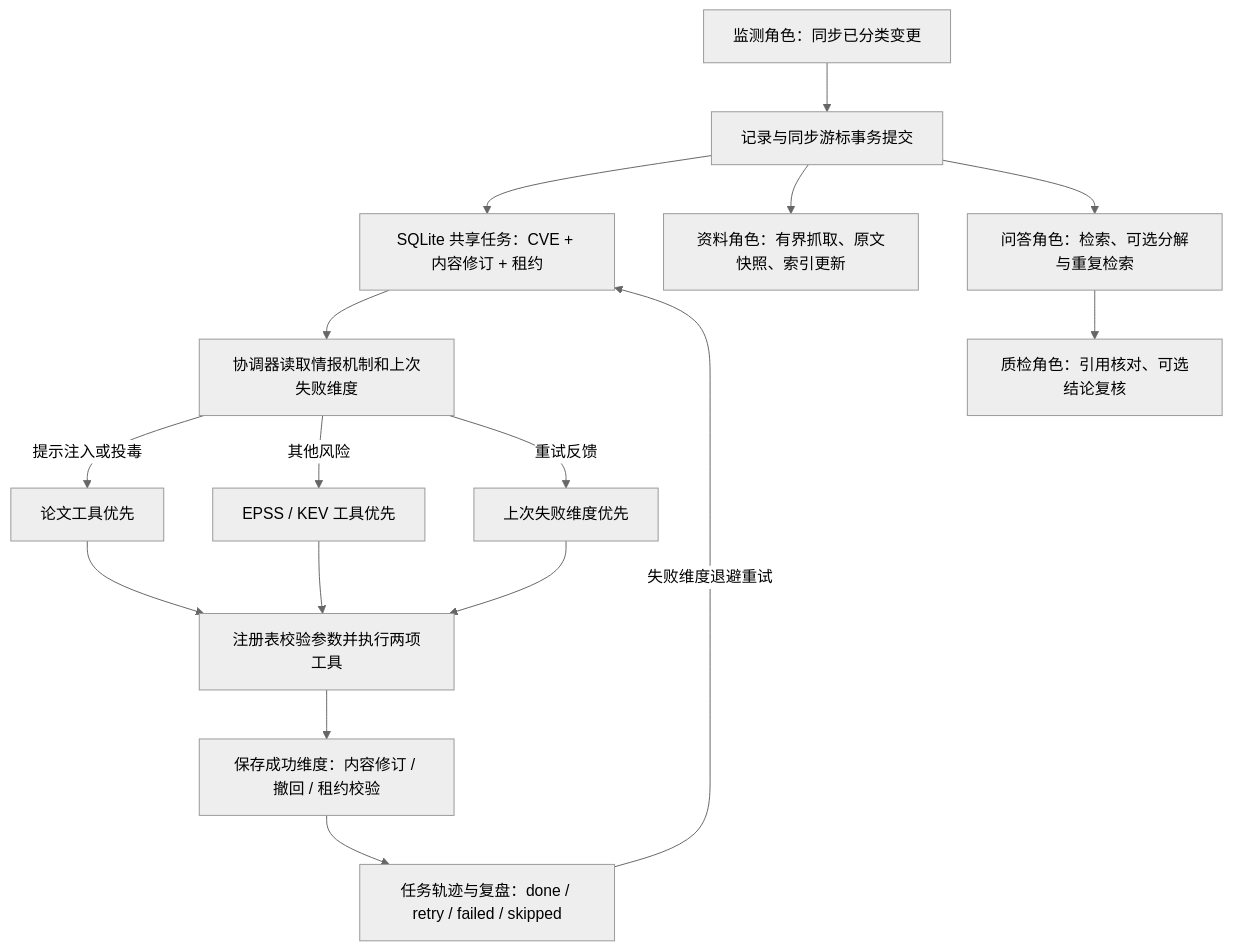
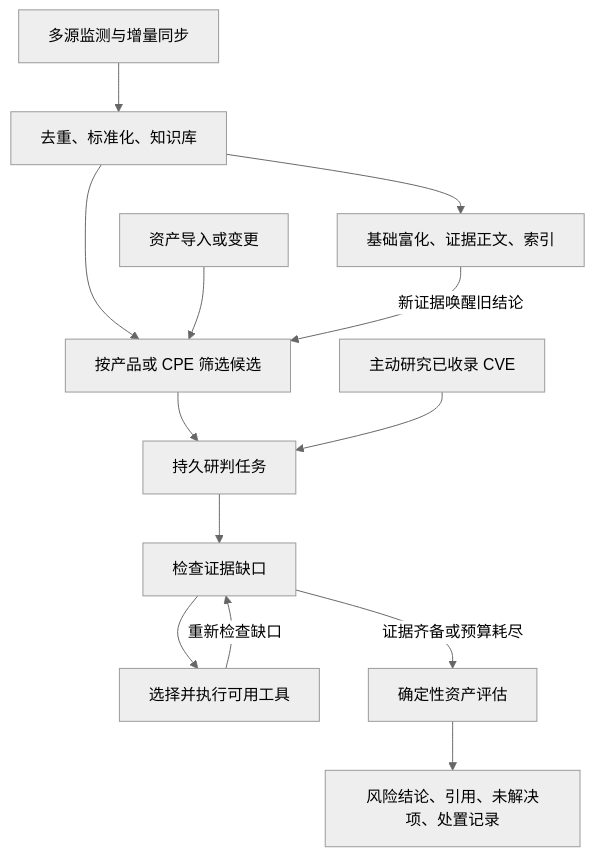
The diagram in docs/智能体编排与工具轨迹.md (sijunxiaodeng/ai-sec-intel), drawn with Mermaid (neutral theme) before and after one commit. The commit also changed other lines of this file and 53 other files, not shown here.

````diff
--- a/docs/智能体编排与工具轨迹.md
+++ b/docs/智能体编排与工具轨迹.md
@@ -5,18 +5,15 @@
 ```mermaid
 flowchart TD
-    M[监测角色：同步已分类变更] --> K[记录与同步游标事务提交]
-    K --> Q[SQLite 共享任务：CVE + 内容修订 + 租约]
-    Q --> P[协调器读取情报机制和上次失败维度]
-    P -->|提示注入或投毒| R[论文工具优先]
-    P -->|其他风险| I[EPSS / KEV 工具优先]
-    P -->|重试反馈| F[上次失败维度优先]
-    R --> X[注册表校验参数并执行两项工具]
-    I --> X
-    F --> X
-    X --> V[保存成功维度：内容修订 / 撤回 / 租约校验]
-    V --> T[任务轨迹与复盘：done / retry / failed / skipped]
-    T -->|失败维度退避重试| Q
-    K --> D[资料角色：有界抓取、原文快照、索引更新]
-    K --> A[问答角色：检索、可选分解与重复检索]
-    A --> C[质检角色：引用核对、可选结论复核]
+    M[多源监测与增量同步] --> K[去重、标准化、知识库]
+    K --> B[基础富化、证据正文、索引]
+    K --> C[按产品或 CPE 筛选候选]
+    A[资产导入或变更] --> C
+    B -->|新证据唤醒旧结论| C
+    C --> Q[持久研判任务]
+    U[主动研究已收录 CVE] --> Q
+    Q --> P[检查证据缺口]
+    P --> T[选择并执行可用工具]
+    T -->|重新检查缺口| P
+    P -->|证据齐备或预算耗尽| V[确定性资产评估]
+    V --> R[风险结论、引用、未解决项、处置记录]
 ```
````
